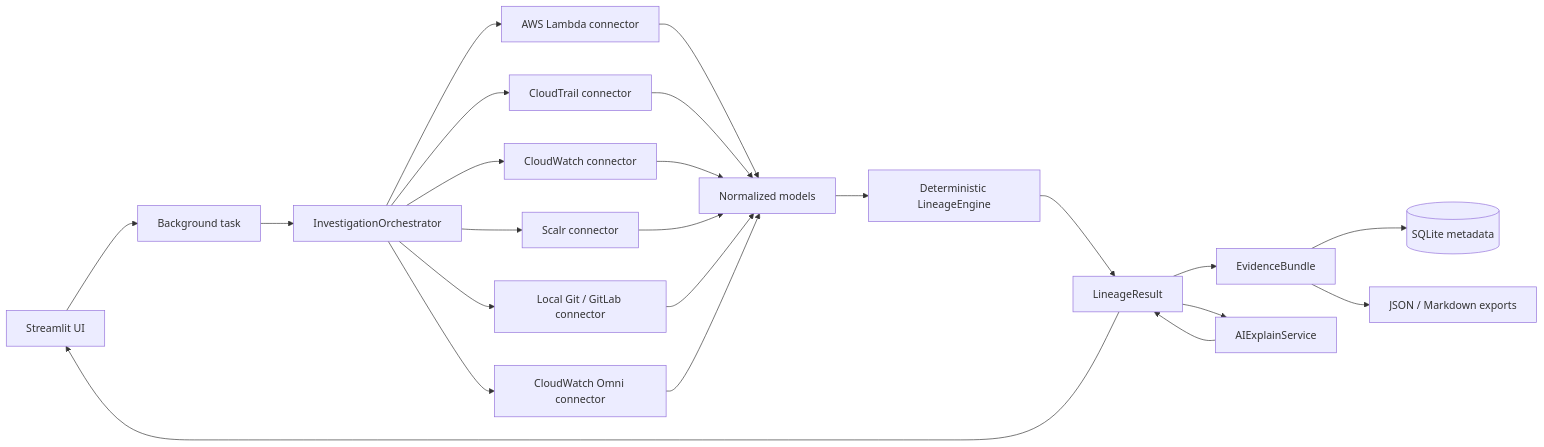
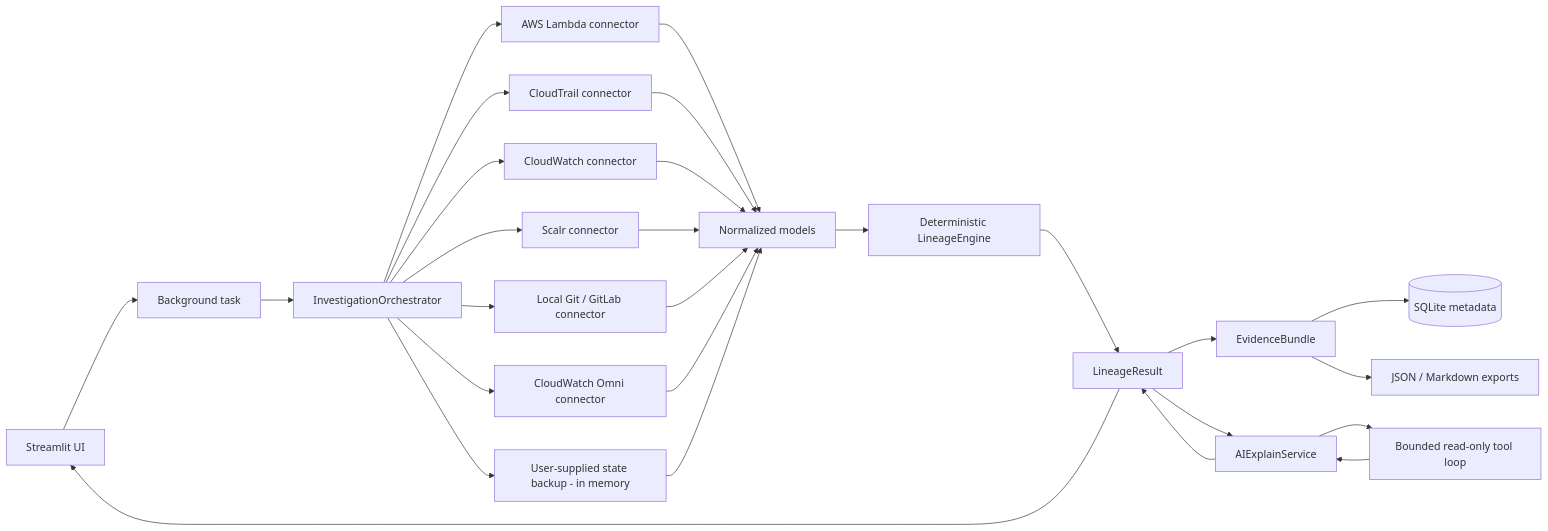
Before and after one commit to EricMaxwellnetizen/GroundTruthAI: the diagram in docs/ARCHITECTURE.md, drawn with Mermaid. The commit also changed other lines of this file and 54 other files, not shown here.

First line of the commit message:
feat: guarded AI tool loop, MCP/state-backup hardening, 127-test acceptance gate

````diff
--- a/docs/ARCHITECTURE.md
+++ b/docs/ARCHITECTURE.md
@@ -7,25 +7,29 @@
 ```mermaid
 flowchart LR
     U[Streamlit UI] --> T[Background task]
     T --> O[InvestigationOrchestrator]
     O --> A[AWS Lambda connector]
     O --> C[CloudTrail connector]
     O --> W[CloudWatch connector]
     O --> S[Scalr connector]
     O --> G[Local Git / GitLab connector]
     O --> M[CloudWatch Omni connector]
+    O --> B[User-supplied state backup - in memory]
     A --> N[Normalized models]
     C --> N
     W --> N
     S --> N
     G --> N
     M --> N
+    B --> N
     N --> E[Deterministic LineageEngine]
     E --> R[LineageResult]
     R --> X[EvidenceBundle]
     R --> AI[AIExplainService]
+    AI --> TL[Bounded read-only tool loop]
+    TL --> AI
     AI --> R
     X --> DB[(SQLite metadata)]
     X --> J[JSON / Markdown exports]
     R --> U
 ```
````
